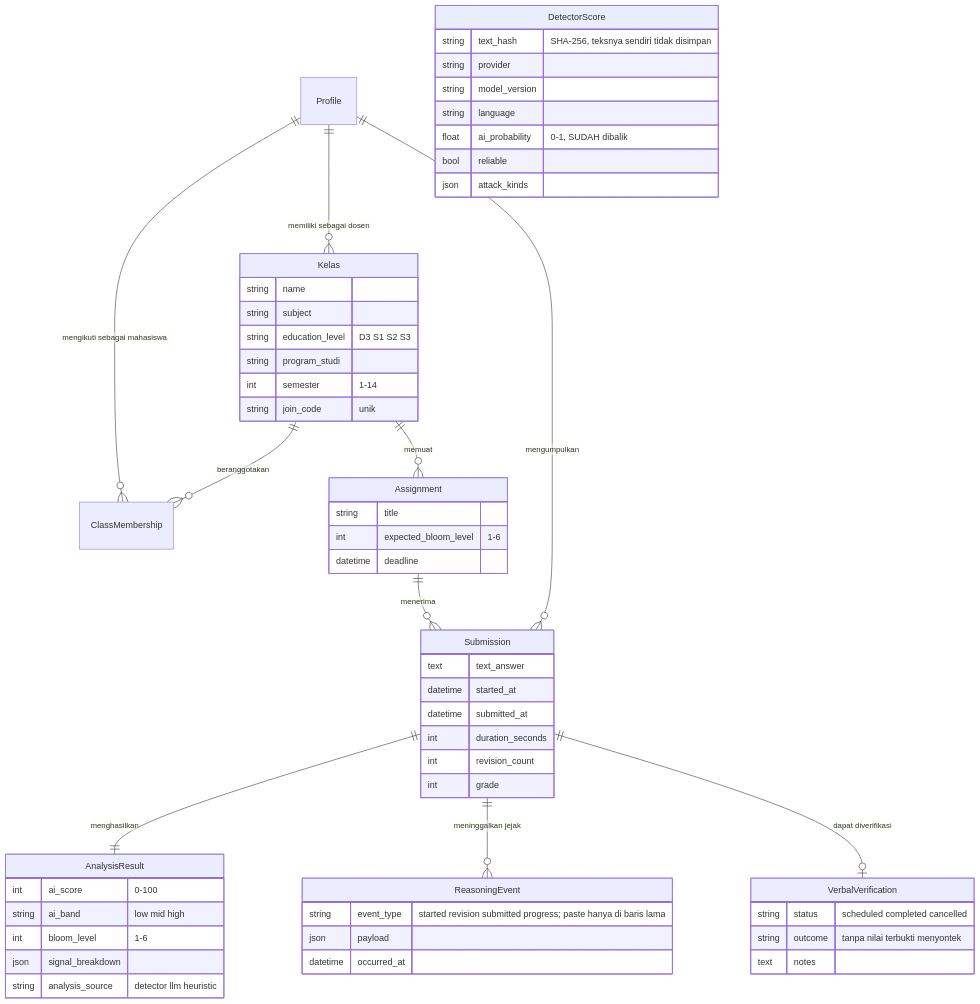
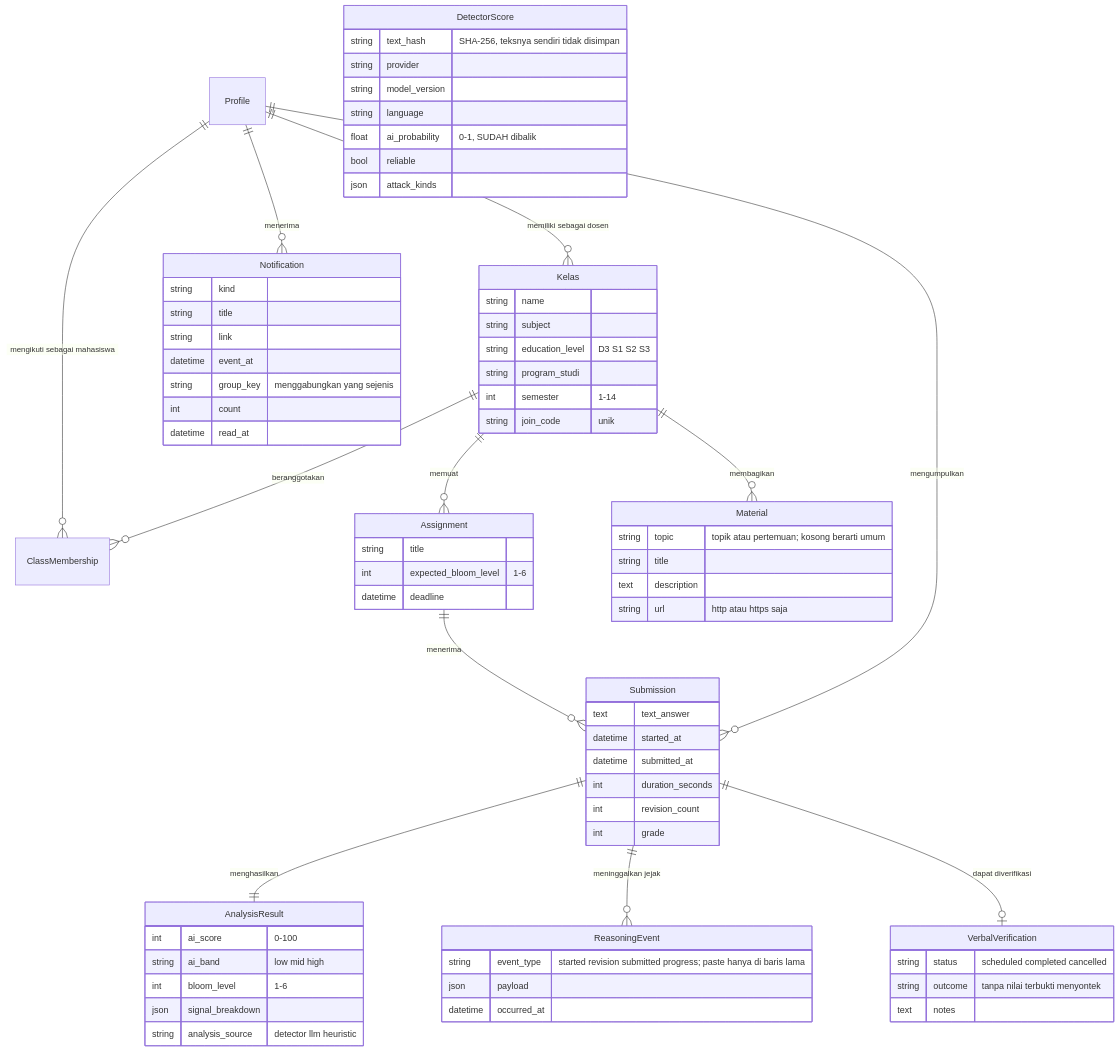
One commit to FadhRach/ThinkPath changed the fifth of 5 diagrams in diagram/04-interaksi-gabungan.md. Above: the diagram before and after it, drawn with Mermaid. The commit also changed other lines of this file and 58 other files, not shown here.

````diff
--- a/diagram/04-interaksi-gabungan.md
+++ b/diagram/04-interaksi-gabungan.md
@@ -179,60 +179,77 @@
 ```mermaid
 erDiagram
     Profile ||--o{ Kelas : "memiliki sebagai dosen"
     Profile ||--o{ ClassMembership : "mengikuti sebagai mahasiswa"
     Kelas ||--o{ ClassMembership : "beranggotakan"
     Kelas ||--o{ Assignment : "memuat"
     Assignment ||--o{ Submission : "menerima"
     Profile ||--o{ Submission : "mengumpulkan"
     Submission ||--|| AnalysisResult : "menghasilkan"
     Submission ||--o{ ReasoningEvent : "meninggalkan jejak"
     Submission ||--o| VerbalVerification : "dapat diverifikasi"
+    Kelas ||--o{ Material : "membagikan"
+    Profile ||--o{ Notification : "menerima"
 
     Kelas {
         string name
         string subject
         string education_level "D3 S1 S2 S3"
         string program_studi
         int semester "1-14"
         string join_code "unik"
     }
     Assignment {
         string title
         int expected_bloom_level "1-6"
         datetime deadline
     }
     Submission {
         text text_answer
         datetime started_at
         datetime submitted_at
         int duration_seconds
         int revision_count
         int grade
     }
     AnalysisResult {
         int ai_score "0-100"
         string ai_band "low mid high"
         int bloom_level "1-6"
         json signal_breakdown
         string analysis_source "detector llm heuristic"
     }
     DetectorScore {
         string text_hash "SHA-256, teksnya sendiri tidak disimpan"
         string provider
         string model_version
         string language
         float ai_probability "0-1, SUDAH dibalik"
         bool reliable
         json attack_kinds
     }
     ReasoningEvent {
         string event_type "started revision submitted progress; paste hanya di baris lama"
         json payload
         datetime occurred_at
     }
     VerbalVerification {
         string status "scheduled completed cancelled"
         string outcome "tanpa nilai terbukti menyontek"
         text notes
     }
+    Material {
+        string topic "topik atau pertemuan; kosong berarti umum"
+        string title
+        text description
+        string url "http atau https saja"
+    }
+    Notification {
+        string kind
+        string title
+        string link
+        datetime event_at
+        string group_key "menggabungkan yang sejenis"
+        int count
+        datetime read_at
+    }
 ```
````
